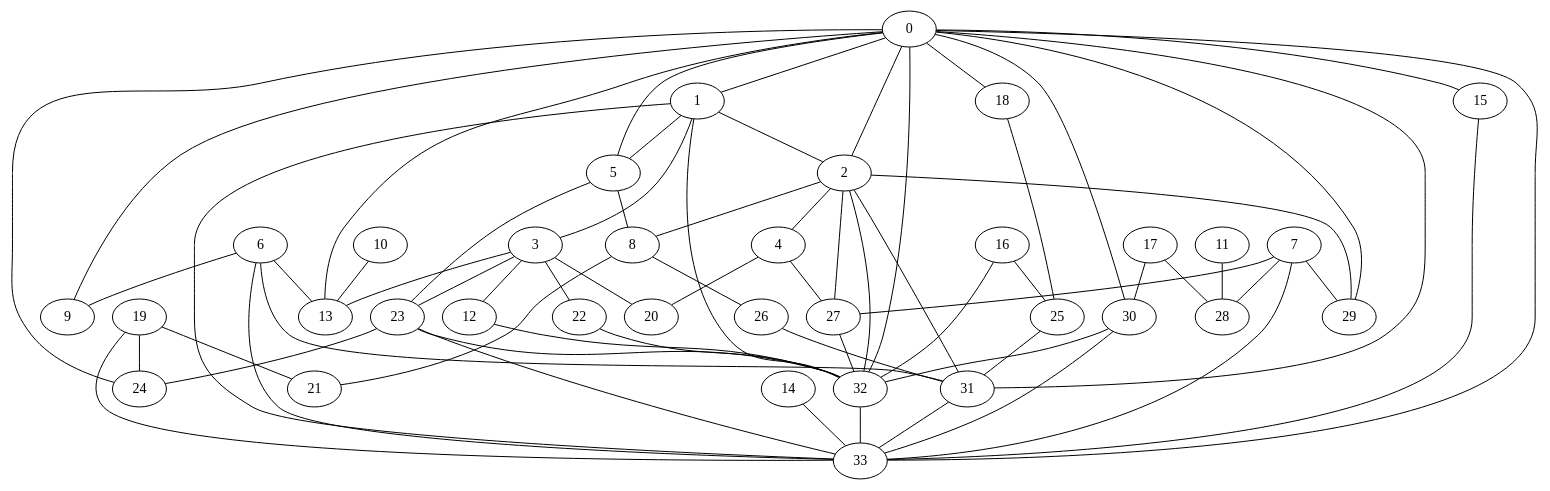
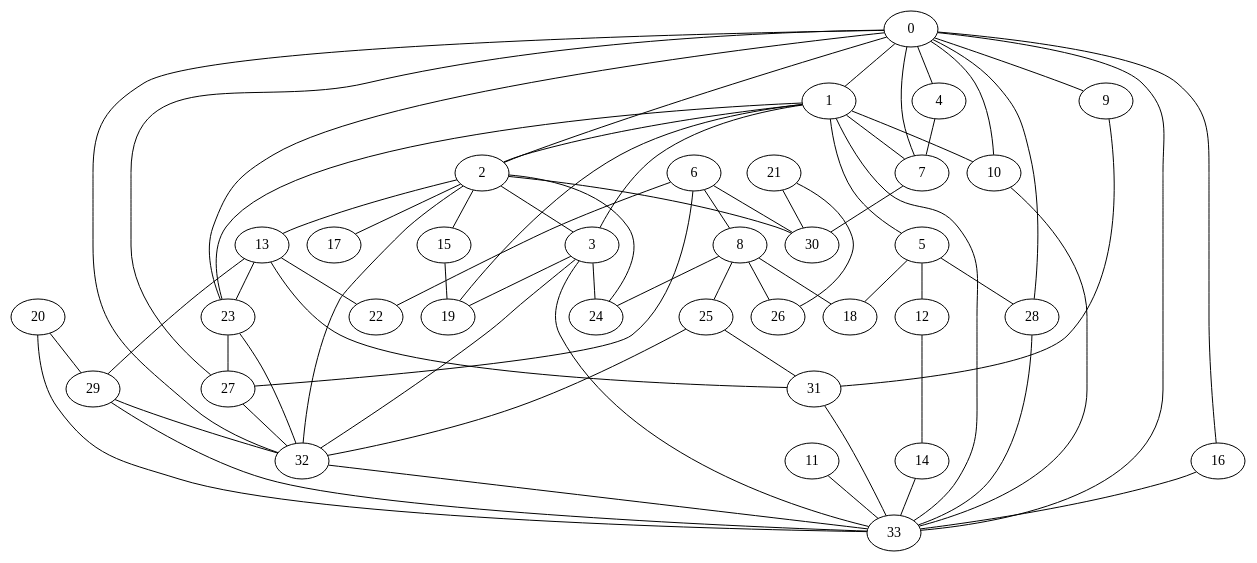
The diagram in dot_files/no_paraledges_no_selfloop.dot (jalbrecq/Graph-Mining), drawn with Graphviz before and after one commit. The commit also changed 5 other files, not shown here.

```diff
--- a/dot_files/no_paraledges_no_selfloop.dot
+++ b/dot_files/no_paraledges_no_selfloop.dot
@@ -1,103 +1,105 @@
 strict graph  {
 0;
 1;
 2;
 3;
 4;
 5;
 6;
 7;
 8;
 9;
 10;
 11;
 12;
 13;
 14;
 15;
 16;
 17;
 18;
 19;
 20;
 21;
 22;
 23;
 24;
 25;
 26;
 27;
 28;
 29;
 30;
 31;
 32;
 33;
-0 -- 5;
-0 -- 15;
-0 -- 2;
-0 -- 13;
+0 -- 4;
+0 -- 16;
+0 -- 28;
+0 -- 27;
 0 -- 33;
 0 -- 32;
-0 -- 18;
+0 -- 10;
+0 -- 2;
+0 -- 23;
 0 -- 1;
-0 -- 29;
-0 -- 24;
 0 -- 9;
-0 -- 31;
-0 -- 30;
+0 -- 7;
+1 -- 19;
+1 -- 7;
+1 -- 5;
+1 -- 3;
+1 -- 10;
+1 -- 23;
+1 -- 2;
 1 -- 33;
-1 -- 3;
-1 -- 5;
-1 -- 2;
-1 -- 32;
+2 -- 17;
+2 -- 13;
 2 -- 32;
-2 -- 8;
-2 -- 29;
-2 -- 27;
-2 -- 31;
-2 -- 4;
-3 -- 23;
-3 -- 20;
-3 -- 12;
-3 -- 22;
-3 -- 13;
-4 -- 20;
-4 -- 27;
-5 -- 8;
-5 -- 23;
-6 -- 33;
-6 -- 31;
-6 -- 13;
-6 -- 9;
-7 -- 29;
-7 -- 27;
-7 -- 28;
-7 -- 33;
+2 -- 15;
+2 -- 3;
+2 -- 24;
+2 -- 30;
+3 -- 32;
+3 -- 24;
+3 -- 19;
+3 -- 33;
+4 -- 7;
+5 -- 12;
+5 -- 28;
+5 -- 18;
+6 -- 22;
+6 -- 8;
+6 -- 27;
+6 -- 30;
+7 -- 30;
+8 -- 18;
+8 -- 24;
 8 -- 26;
-8 -- 21;
-10 -- 13;
-11 -- 28;
-12 -- 32;
+8 -- 25;
+9 -- 31;
+10 -- 33;
+11 -- 33;
+12 -- 14;
+13 -- 29;
+13 -- 31;
+13 -- 22;
+13 -- 23;
 14 -- 33;
-15 -- 33;
-16 -- 32;
-16 -- 25;
-17 -- 28;
-17 -- 30;
-18 -- 25;
-19 -- 24;
-19 -- 21;
-19 -- 33;
-22 -- 32;
-23 -- 33;
-23 -- 24;
+15 -- 19;
+16 -- 33;
+20 -- 29;
+20 -- 33;
+21 -- 26;
+21 -- 30;
 23 -- 32;
+23 -- 27;
 25 -- 31;
-26 -- 31;
+25 -- 32;
 27 -- 32;
-30 -- 33;
-30 -- 32;
+28 -- 33;
+29 -- 32;
+29 -- 33;
 31 -- 33;
 32 -- 33;
 }
```
